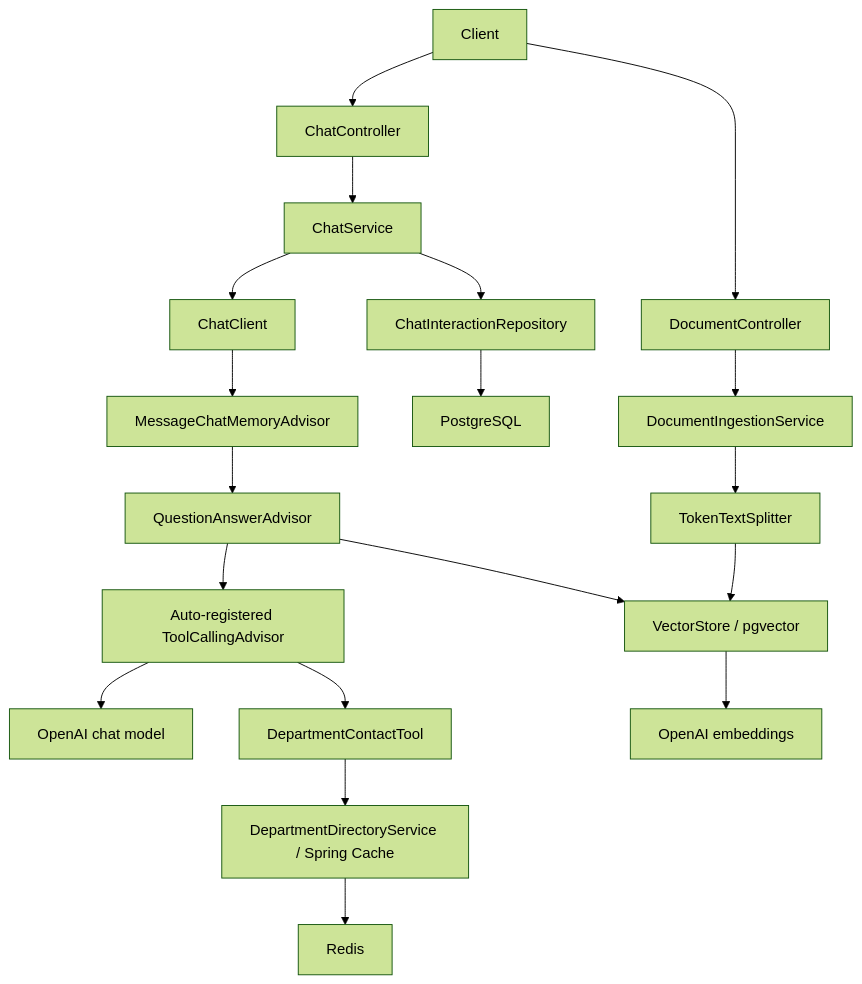
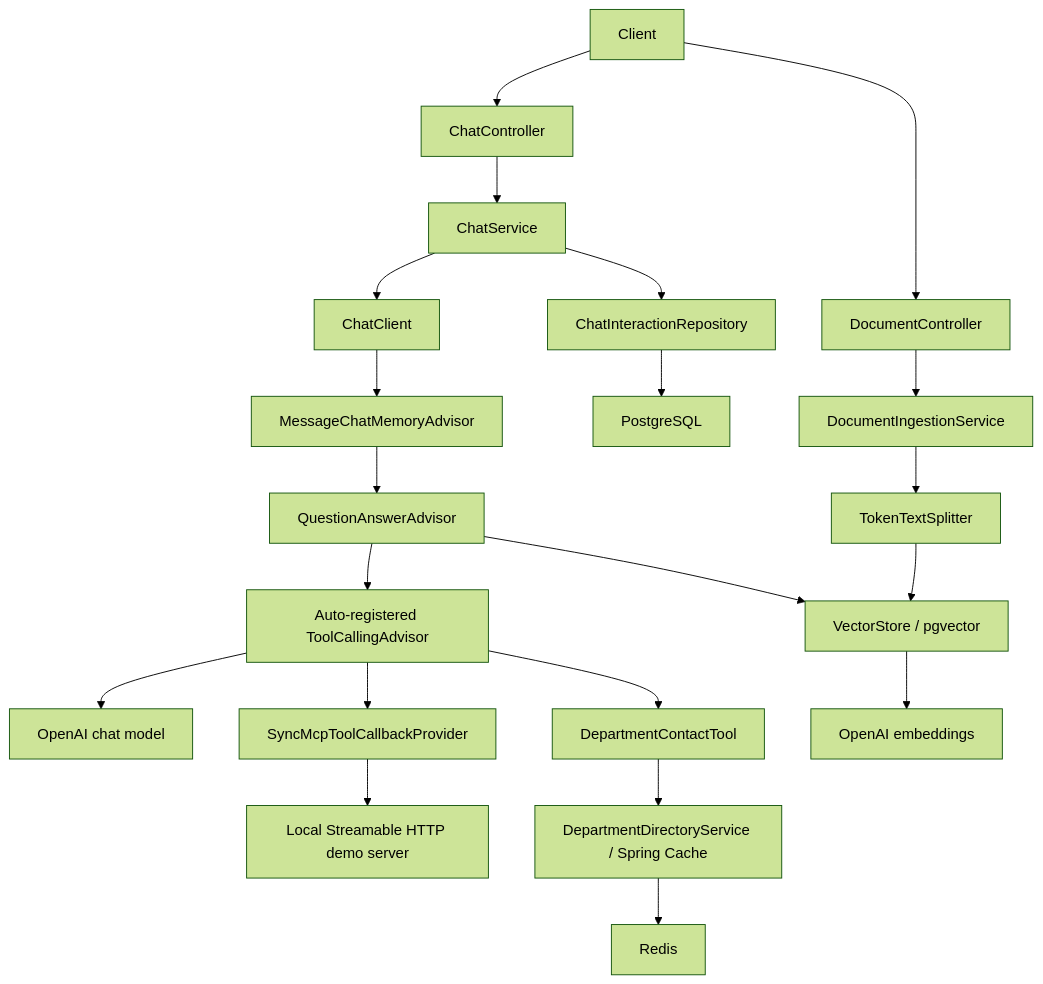
The diagram in README.md (Samrith-026/enterprise-ai-assistant), drawn with Mermaid (forest theme) before and after one commit. The commit also changed other lines of this file and 14 other files, not shown here.

Commit message:
Add read-only MCP demo integration

````diff
--- a/README.md
+++ b/README.md
@@ -9,18 +9,20 @@
 ```mermaid
 flowchart TD
     Client --> ChatController --> ChatService --> ChatClient
     ChatClient --> Memory[MessageChatMemoryAdvisor]
     Memory --> RAG[QuestionAnswerAdvisor]
     RAG --> Vectors[VectorStore / pgvector]
     RAG --> Tools[Auto-registered ToolCallingAdvisor]
     Tools --> OpenAI[OpenAI chat model]
     Tools --> Contact[DepartmentContactTool]
+    Tools --> McpProvider[SyncMcpToolCallbackProvider]
+    McpProvider --> DemoMcp[Local Streamable HTTP demo server]
     Contact --> Directory[DepartmentDirectoryService / Spring Cache]
     Directory --> Redis
     ChatService --> Repository[ChatInteractionRepository]
     Repository --> PostgreSQL
     Client --> DocumentController --> Ingestion[DocumentIngestionService]
     Ingestion --> Splitter[TokenTextSplitter]
     Splitter --> Vectors
     Vectors --> Embeddings[OpenAI embeddings]
 ```
````
